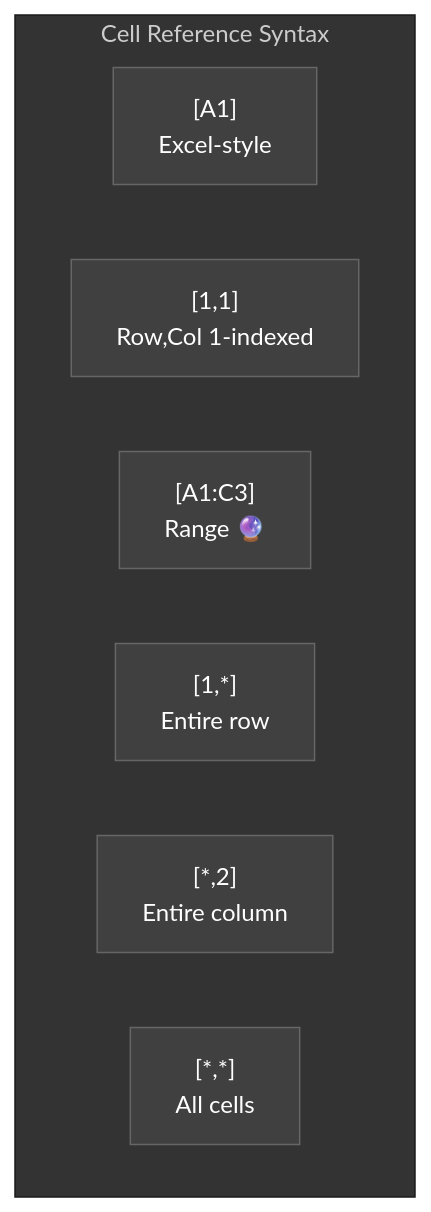
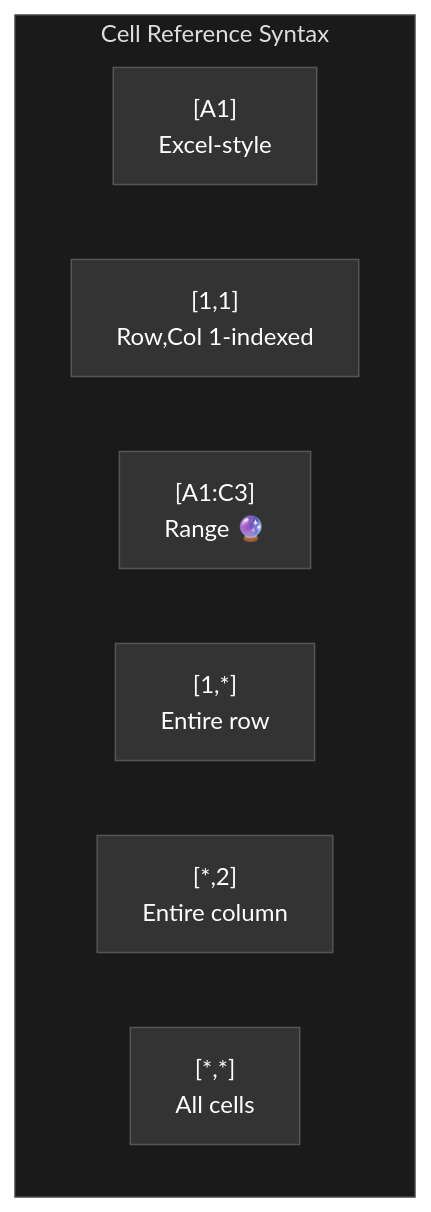
The sixth of 8 diagrams in README.md (visionik/sedmat), drawn with Mermaid before and after one commit. The commit also changed other lines of this file, not shown here.

First line of the commit message:
style: update Mermaid diagrams with darker theme

````diff
--- a/README.md
+++ b/README.md
@@ -436,12 +436,12 @@
 ```mermaid
-%%{init: {'theme': 'base', 'themeVariables': { 'primaryColor': '#404040', 'primaryTextColor': '#ffffff', 'primaryBorderColor': '#666666', 'lineColor': '#888888', 'secondaryColor': '#505050', 'tertiaryColor': '#333333', 'background': '#1a1a1a' }}}%%
+%%{init: {'theme': 'base', 'themeVariables': { 'primaryColor': '#333333', 'primaryTextColor': '#ffffff', 'primaryBorderColor': '#555555', 'lineColor': '#aaaaaa', 'secondaryColor': '#2a2a2a', 'tertiaryColor': '#222222', 'background': '#111111', 'edgeLabelBackground': '#222222', 'clusterBkg': '#1a1a1a', 'clusterBorder': '#444444' }}}%%
 graph TB
     subgraph "Cell Reference Syntax"
         A["#91;A1#93;<br/>Excel-style"] 
         B["#91;1,1#93;<br/>Row,Col 1-indexed"]
         D["#91;A1:C3#93;<br/>Range 🔮"]
         E["#91;1,*#93;<br/>Entire row"]
         F["#91;*,2#93;<br/>Entire column"]
         G["#91;*,*#93;<br/>All cells"]
     end
 ```
````
